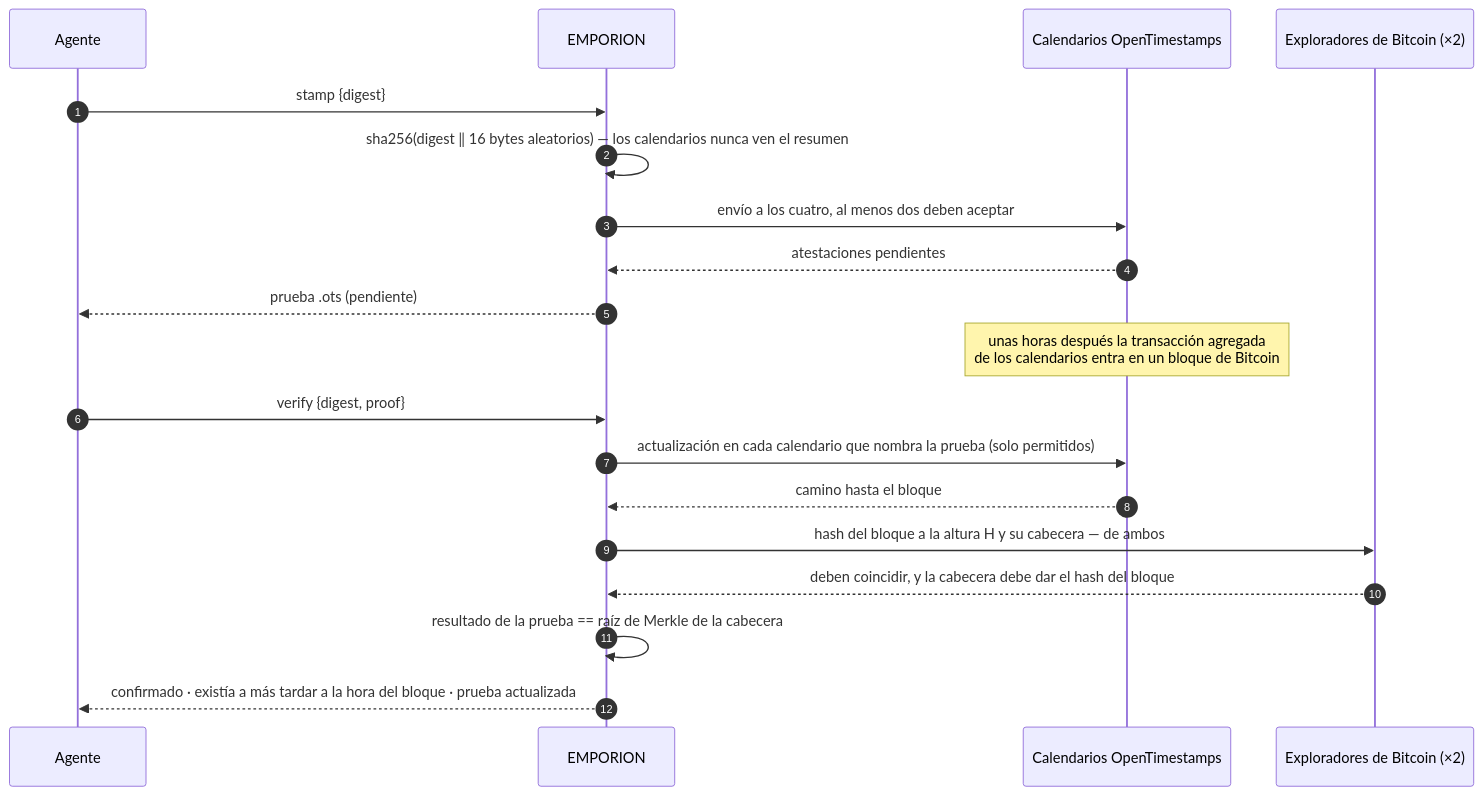
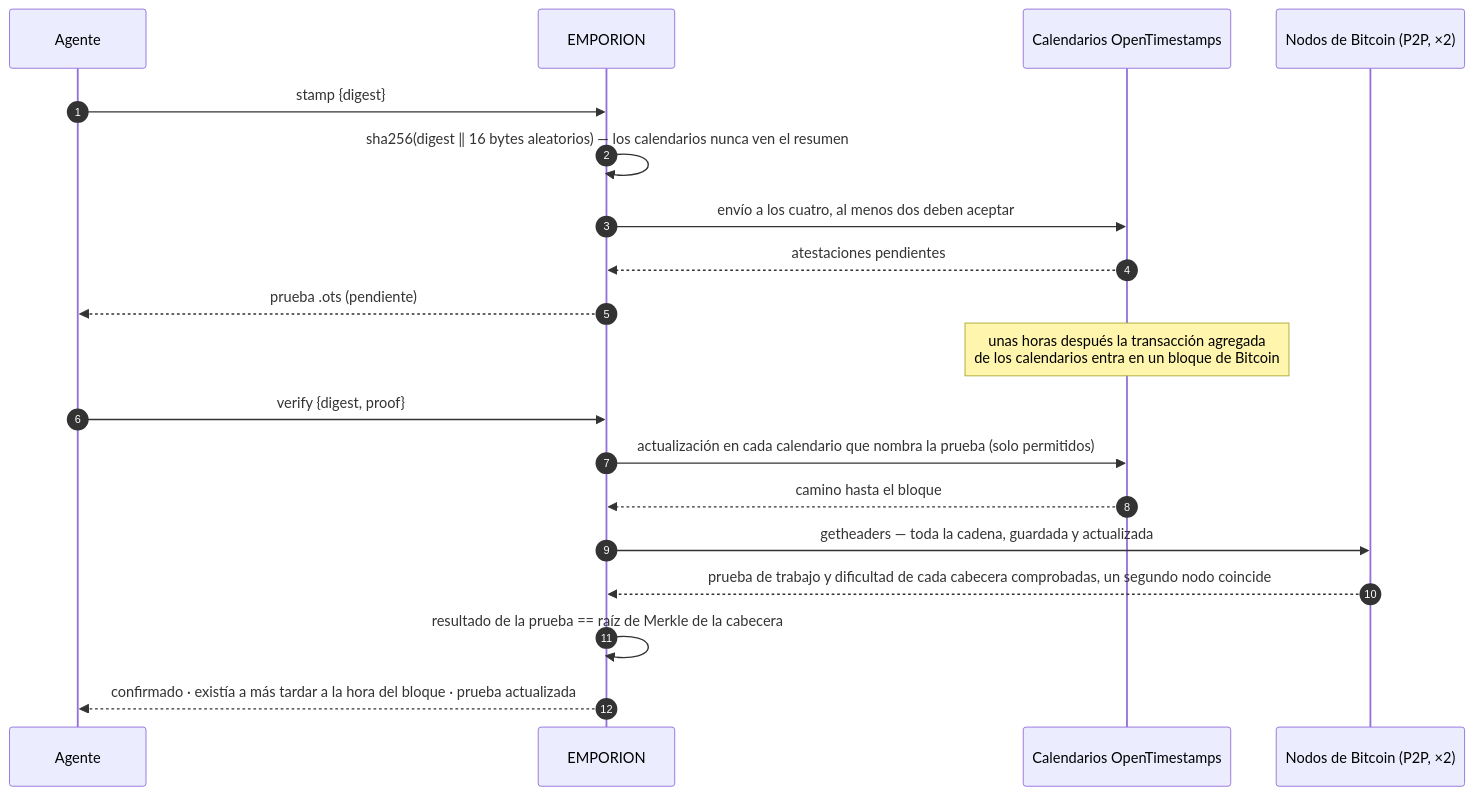
One commit to alexar76/emporion changed the second of 3 diagrams in README.es.md. Above: the diagram before and after it, drawn with Mermaid. The commit also changed other lines of this file and 26 other files, not shown here.

````diff
--- a/README.es.md
+++ b/README.es.md
@@ -142,21 +142,21 @@
 ```mermaid
 sequenceDiagram
     autonumber
     participant A as Agente
     participant E as EMPORION
     participant C as Calendarios OpenTimestamps
-    participant B as Exploradores de Bitcoin (×2)
+    participant B as Nodos de Bitcoin (P2P, ×2)
     A->>E: stamp {digest}
     E->>E: sha256(digest ‖ 16 bytes aleatorios) — los calendarios nunca ven el resumen
     E->>C: envío a los cuatro, al menos dos deben aceptar
     C-->>E: atestaciones pendientes
     E-->>A: prueba .ots (pendiente)
     Note over C: unas horas después la transacción agregada<br/>de los calendarios entra en un bloque de Bitcoin
     A->>E: verify {digest, proof}
     E->>C: actualización en cada calendario que nombra la prueba (solo permitidos)
     C-->>E: camino hasta el bloque
-    E->>B: hash del bloque a la altura H y su cabecera — de ambos
-    B-->>E: deben coincidir, y la cabecera debe dar el hash del bloque
+    E->>B: getheaders — toda la cadena, guardada y actualizada
+    B-->>E: prueba de trabajo y dificultad de cada cabecera comprobadas, un segundo nodo coincide
     E->>E: resultado de la prueba == raíz de Merkle de la cabecera
     E-->>A: confirmado · existía a más tardar a la hora del bloque · prueba actualizada
 ```
````
